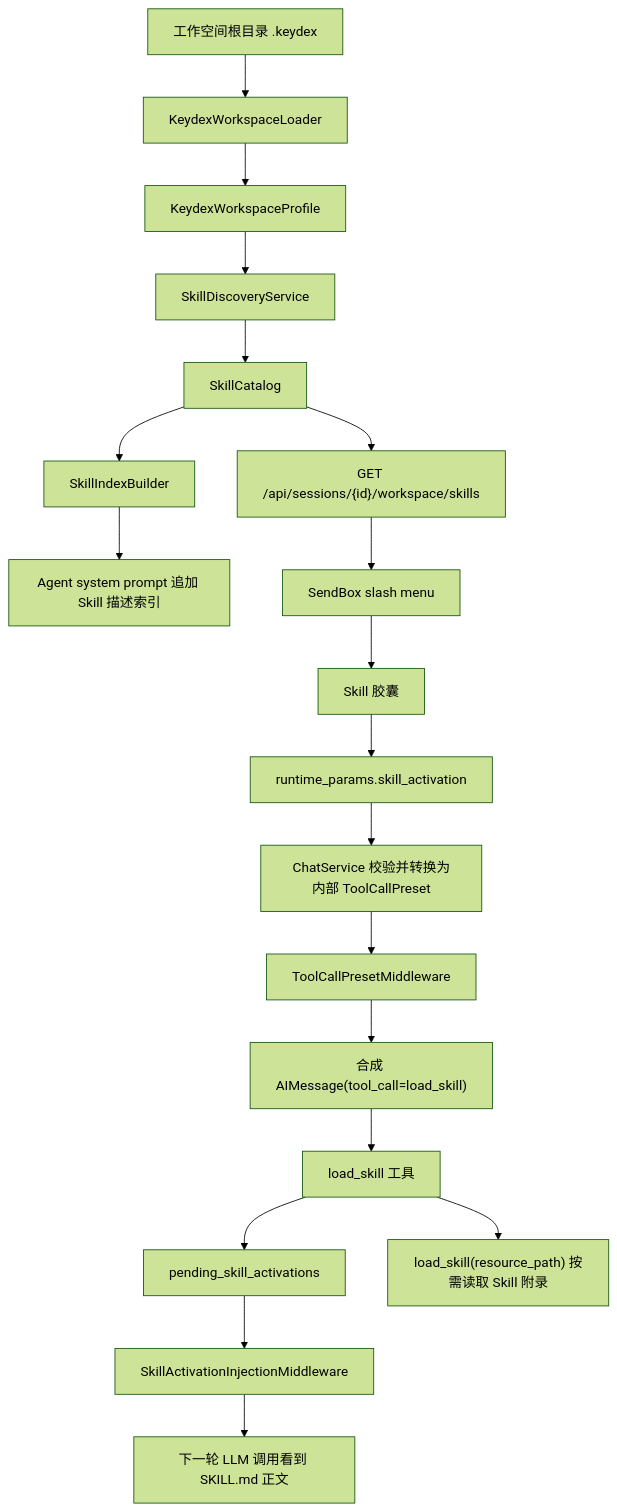
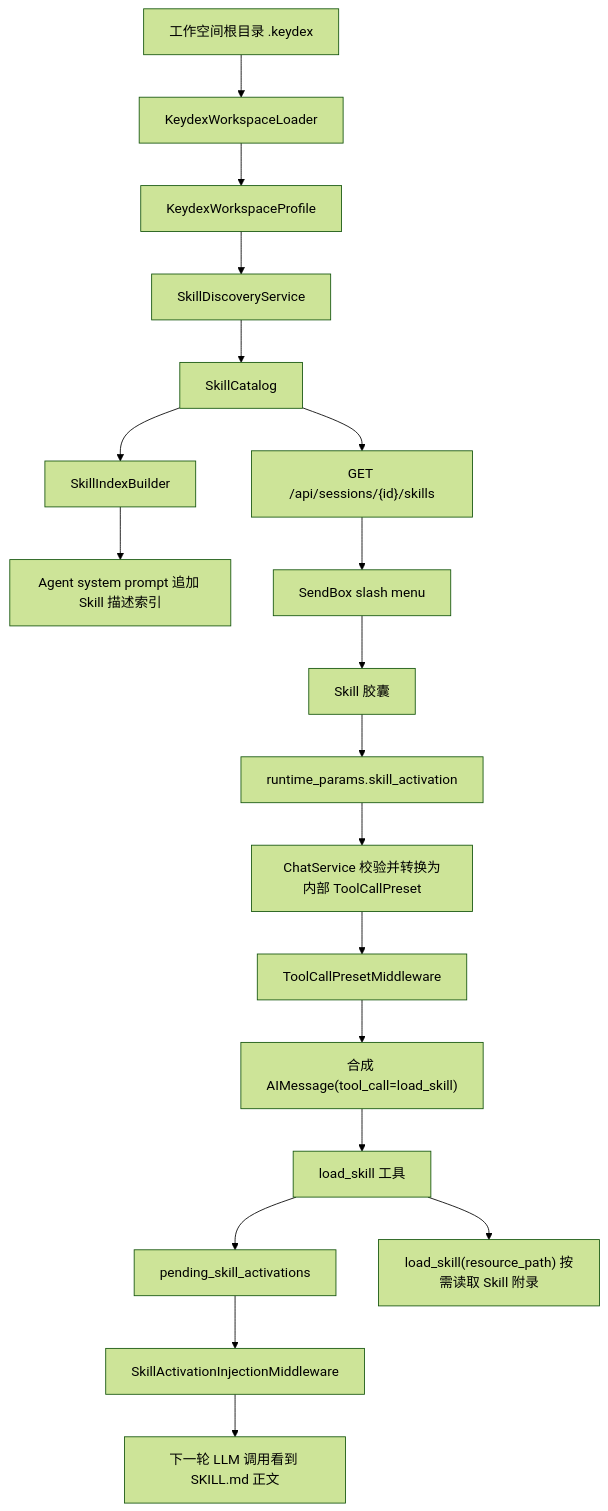
One commit to HZZ177/keydex changed the first of 6 diagrams in .ktaicoding/des/DES-20260625-001-keydex-skill.md. Above: the diagram before and after it, drawn with Mermaid (forest theme). The commit also changed other lines of this file and 263 other files, not shown here.

````diff
--- a/.ktaicoding/des/DES-20260625-001-keydex-skill.md
+++ b/.ktaicoding/des/DES-20260625-001-keydex-skill.md
@@ -76,24 +88,24 @@
 ```mermaid
 flowchart TB
     A["工作空间根目录 .keydex"] --> A1["KeydexWorkspaceLoader"]
     A1 --> A2["KeydexWorkspaceProfile"]
     A2 --> B["SkillDiscoveryService"]
     B --> C["SkillCatalog"]
     C --> D["SkillIndexBuilder"]
     D --> E["Agent system prompt 追加 Skill 描述索引"]
 
-    C --> F["GET /api/sessions/{id}/workspace/skills"]
+    C --> F["GET /api/sessions/{id}/skills"]
     F --> G["SendBox slash menu"]
     G --> H["Skill 胶囊"]
     H --> I["runtime_params.skill_activation"]
 
     I --> J["ChatService 校验并转换为内部 ToolCallPreset"]
     J --> K["ToolCallPresetMiddleware"]
     K --> L["合成 AIMessage(tool_call=load_skill)"]
     L --> M["load_skill 工具"]
     M --> N["pending_skill_activations"]
     N --> O["SkillActivationInjectionMiddleware"]
     O --> P["下一轮 LLM 调用看到 SKILL.md 正文"]
 
     M --> Q["load_skill(resource_path) 按需读取 Skill 附录"]
 ```
````
